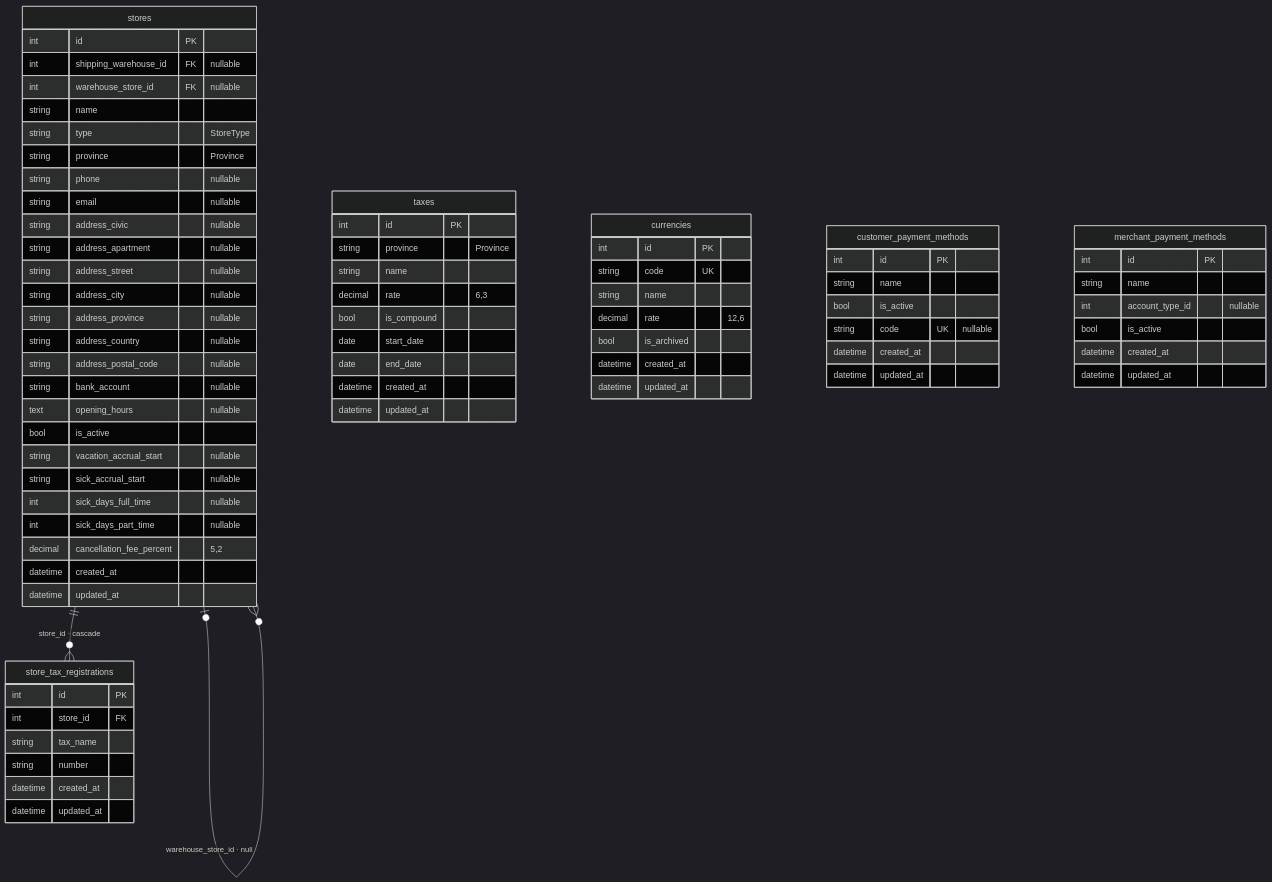
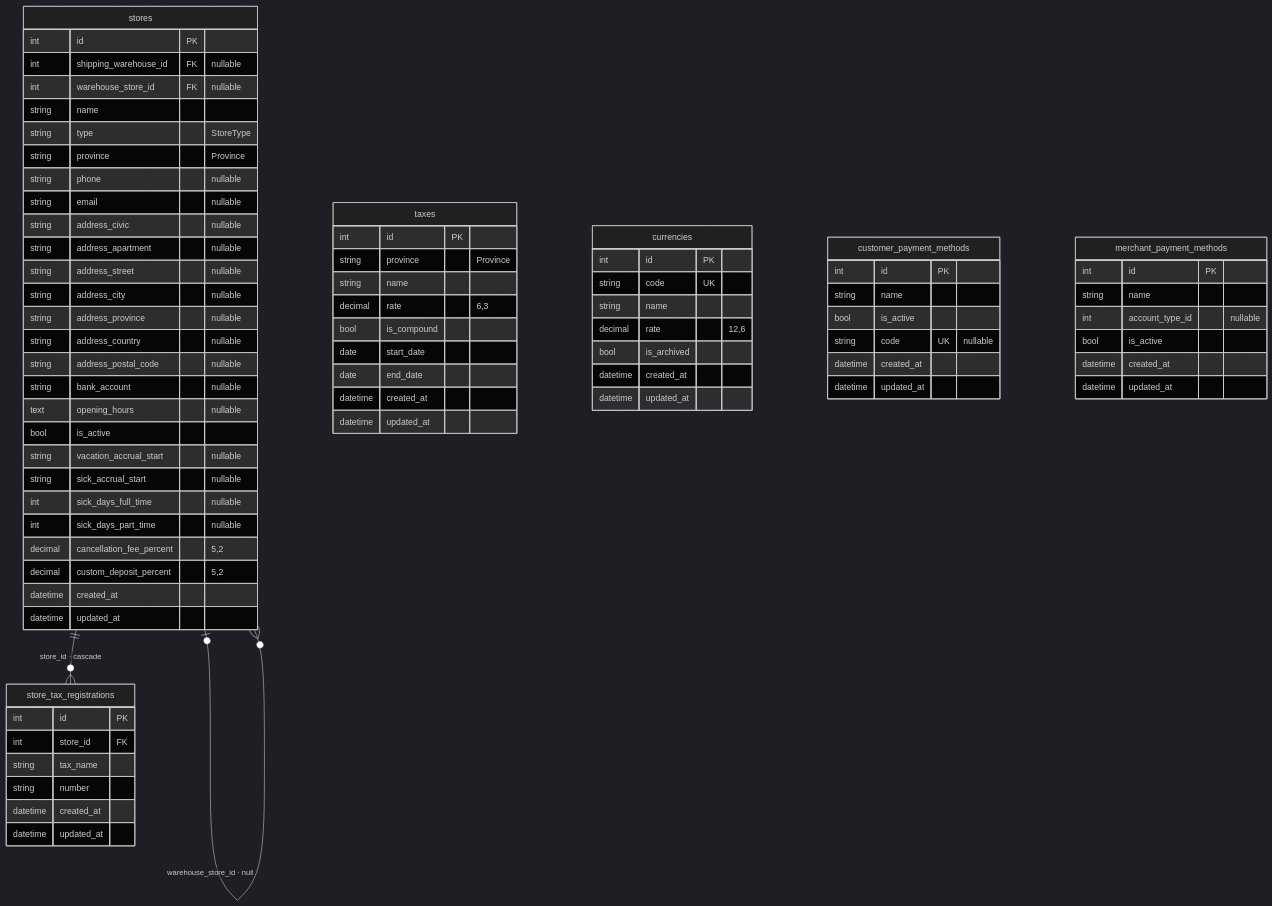
The eighth of 8 diagrams in dkor/docs/data-model.md (sebastienmarley/dkorpos), drawn with Mermaid (dark theme) before and after one commit. The commit also changed other lines of this file and 16 other files, not shown here.

````diff
--- a/dkor/docs/data-model.md
+++ b/dkor/docs/data-model.md
@@ -843,77 +851,78 @@
 ```mermaid
 erDiagram
     stores |o--o{ stores : "shipping_warehouse_id · null"
     stores |o--o{ stores : "warehouse_store_id · null"
     stores ||--o{ store_tax_registrations : "store_id · cascade"
     stores {
         int id PK
         int shipping_warehouse_id FK "nullable"
         int warehouse_store_id FK "nullable"
         string name
         string type "StoreType"
         string province "Province"
         string phone "nullable"
         string email "nullable"
         string address_civic "nullable"
         string address_apartment "nullable"
         string address_street "nullable"
         string address_city "nullable"
         string address_province "nullable"
         string address_country "nullable"
         string address_postal_code "nullable"
         string bank_account "nullable"
         text opening_hours "nullable"
         bool is_active
         string vacation_accrual_start "nullable"
         string sick_accrual_start "nullable"
         int sick_days_full_time "nullable"
         int sick_days_part_time "nullable"
         decimal cancellation_fee_percent "5,2"
+        decimal custom_deposit_percent "5,2"
         datetime created_at
         datetime updated_at
     }
     store_tax_registrations {
         int id PK
         int store_id FK
         string tax_name
         string number
         datetime created_at
         datetime updated_at
     }
     taxes {
         int id PK
         string province "Province"
         string name
         decimal rate "6,3"
         bool is_compound
         date start_date
         date end_date
         datetime created_at
         datetime updated_at
     }
     currencies {
         int id PK
         string code UK
         string name
         decimal rate "12,6"
         bool is_archived
         datetime created_at
         datetime updated_at
     }
     customer_payment_methods {
         int id PK
         string name
         bool is_active
         string code UK "nullable"
         datetime created_at
         datetime updated_at
     }
     merchant_payment_methods {
         int id PK
         string name
         int account_type_id "nullable"
         bool is_active
         datetime created_at
         datetime updated_at
     }
 ```
````
